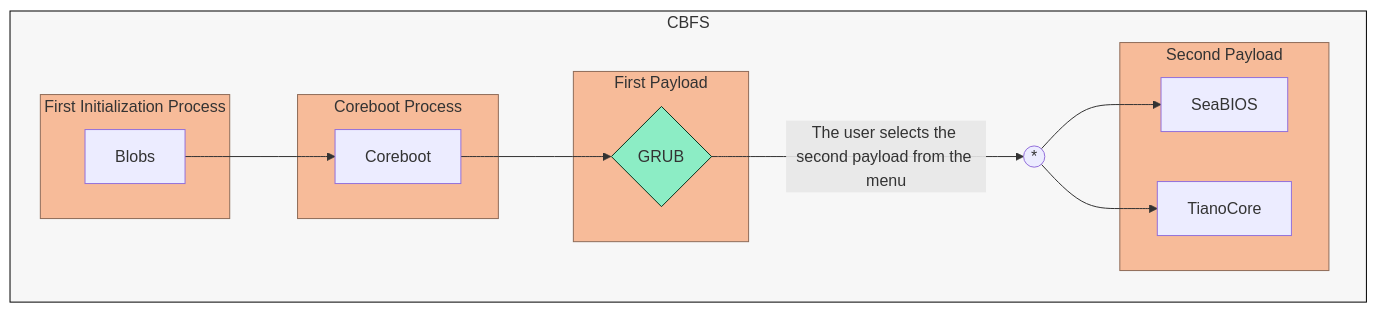
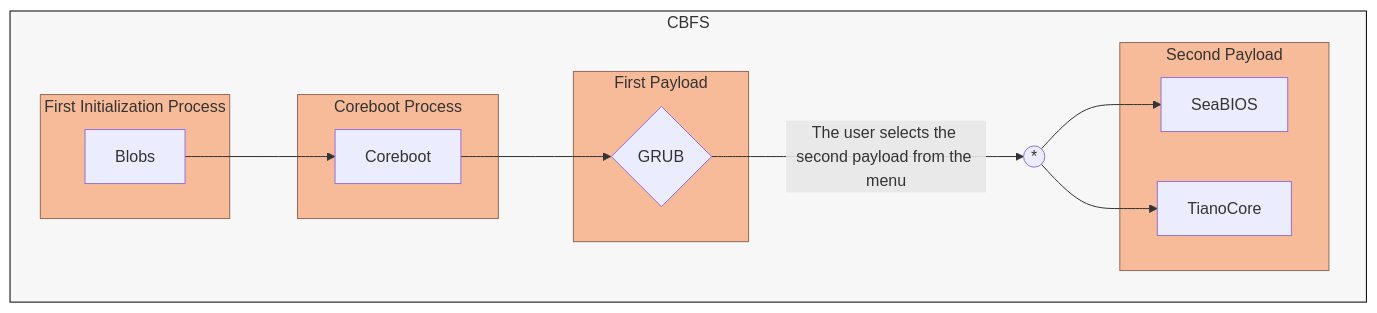
One commit to Ch3ckm4t3C1ph3r/Lenovo-Ideapad-320-14ISK-_Coreboot-Adaptation_ changed the diagram in README.md. Above: the diagram before and after it, drawn with Mermaid.

Commit message:
Update flowchart styles in README.md

````diff
--- a/README.md
+++ b/README.md
@@ -104,37 +104,37 @@
 ```mermaid
 flowchart LR;
     %% Definition of style (and class of style) of each element by id (or by class name)
     style cbfs fill:#f7f7f7,stroke:#000000,stroke-width:1px;
-    style p1 fill:#8CEDC5,stroke:#00331E,stroke-width:1px
     classDef sbgStyle fill:#F7BB99,stroke:#8F6C59,stroke-width:1px
+    classDef nodeStyle fill:#FF5D3B,stroke:#FF3008,stroke-width:1px
     
     subgraph cbfs[CBFS]
         direction LR
 
         %% Not publicly documented boot process
         subgraph sbg1[First Initialization Process]
         Blobs
         end
 
         Blobs --> Coreboot
 
         subgraph sbg2[Coreboot Process]
         Coreboot
         end
     
         Coreboot-->p1{GRUB}
     
         subgraph sbg3[First Payload]
         p1{GRUB}
         end
     
         p1{GRUB}--The user selects the second payload from the menu-->UNION((*))-->p2_1[SeaBIOS] & p2_2[TianoCore]
     
         subgraph sbg4[Second Payload]
         p2_1[SeaBIOS] & p2_2[TianoCore]
         end
     end
 
     %% Defining the members of each class
     class sbg1,sbg2,sbg3,sbg4 sbgStyle
 ```
````
